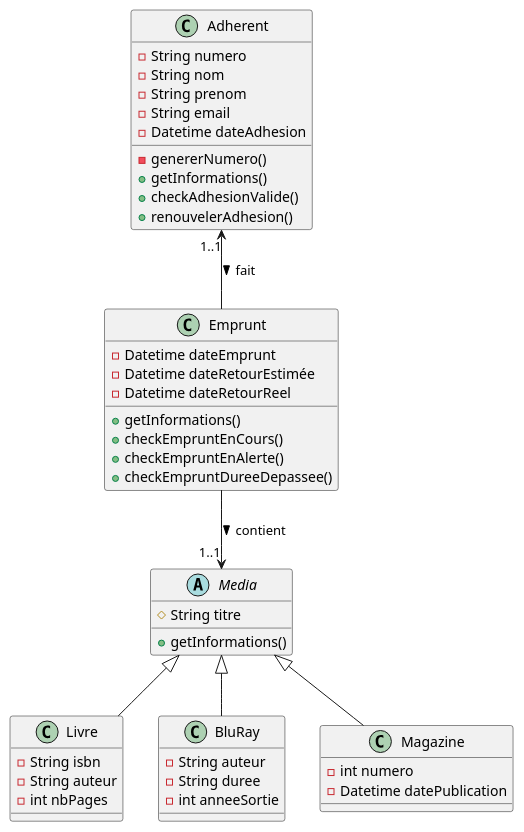
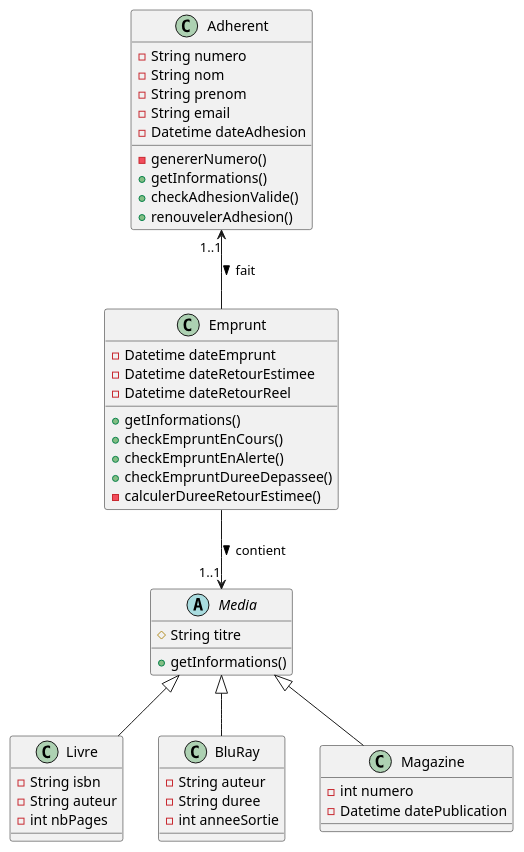
One commit to Nekute/php_bibliotheque changed the diagram in documentation/bibliotheque.puml. Above: the diagram before and after it, drawn with PlantUML. The commit also changed 7 other files, not shown here.

```diff
--- a/documentation/bibliotheque.puml
+++ b/documentation/bibliotheque.puml
@@ -1,49 +1,50 @@
 @startuml
 abstract class Media{
     #String titre
     +getInformations()
 }
 class Livre {
     -String isbn
     -String auteur
     -int nbPages
 }
 class BluRay{
     -String auteur
     -String duree
     -int anneeSortie
 }
 class Magazine{
     -int numero
     -Datetime datePublication
 }
 
 class Adherent{
     -String numero
     -String nom
     -String prenom
     -String email
     -Datetime dateAdhesion
     -genererNumero()
     +getInformations()
     +checkAdhesionValide()
     +renouvelerAdhesion()
 }
 class Emprunt{
     -Datetime dateEmprunt
-    -Datetime dateRetourEstimée
+    -Datetime dateRetourEstimee
     -Datetime dateRetourReel
     +getInformations()
     +checkEmpruntEnCours()
     +checkEmpruntEnAlerte()
     +checkEmpruntDureeDepassee()
+    -calculerDureeRetourEstimee()
 
 }
 Media <|-- Livre
 Media <|-- BluRay
 Media <|-- Magazine
 
 Adherent "1..1" <-- Emprunt : fait >
 Emprunt --> "1..1" Media : contient >
 
 @enduml
```
